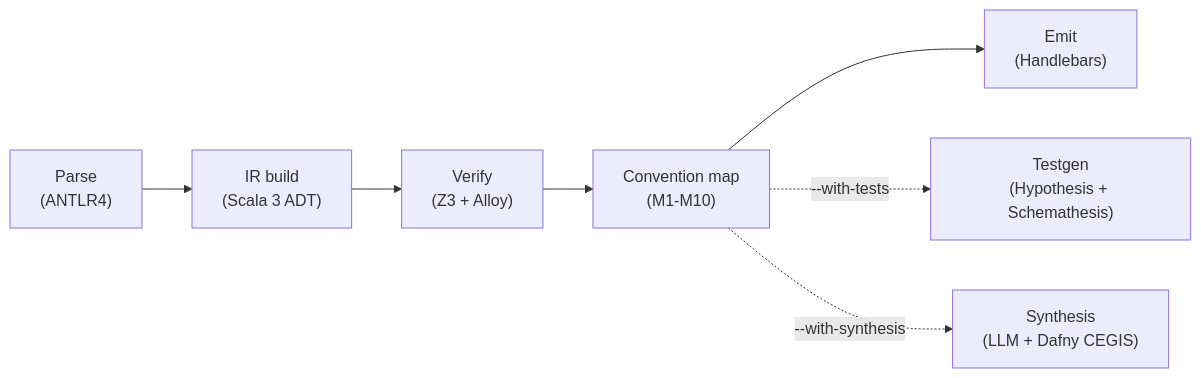
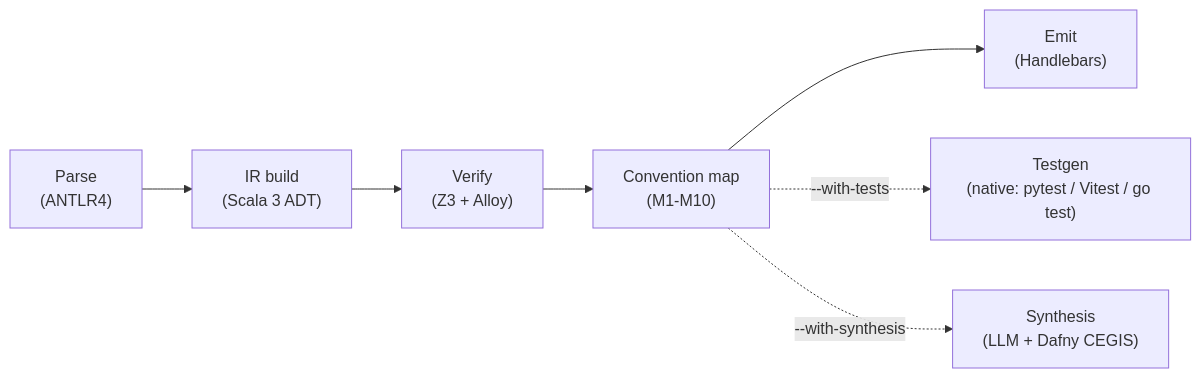
One commit to HardMax71/spec_to_rest changed the diagram in docs/content/docs/design/architecture.mdx. Above: the diagram before and after it, drawn with Mermaid. The commit also changed other lines of this file and 8 other files, not shown here.

````diff
--- a/docs/content/docs/design/architecture.mdx
+++ b/docs/content/docs/design/architecture.mdx
@@ -49,9 +52,9 @@
 ```mermaid
 flowchart LR
   Parse["Parse<br/>(ANTLR4)"] --> Build["IR build<br/>(Scala 3 ADT)"]
   Build --> Verify["Verify<br/>(Z3 + Alloy)"]
   Verify --> Map["Convention map<br/>(M1-M10)"]
   Map --> Emit["Emit<br/>(Handlebars)"]
-  Map -.->|--with-tests| Tests["Testgen<br/>(Hypothesis + Schemathesis)"]
+  Map -.->|--with-tests| Tests["Testgen<br/>(native: pytest / Vitest / go test)"]
   Map -.->|--with-synthesis| Synth["Synthesis<br/>(LLM + Dafny CEGIS)"]
 ```
````
